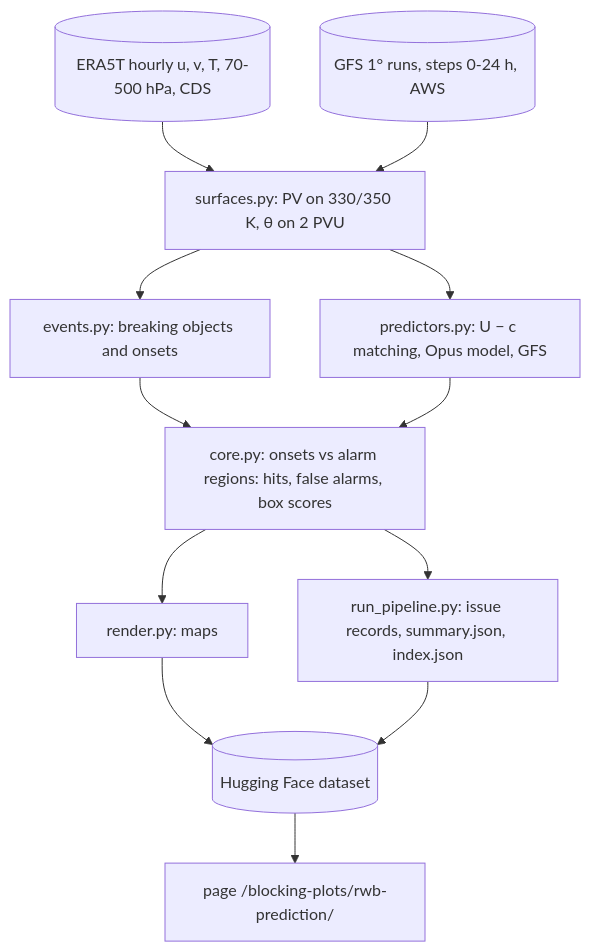
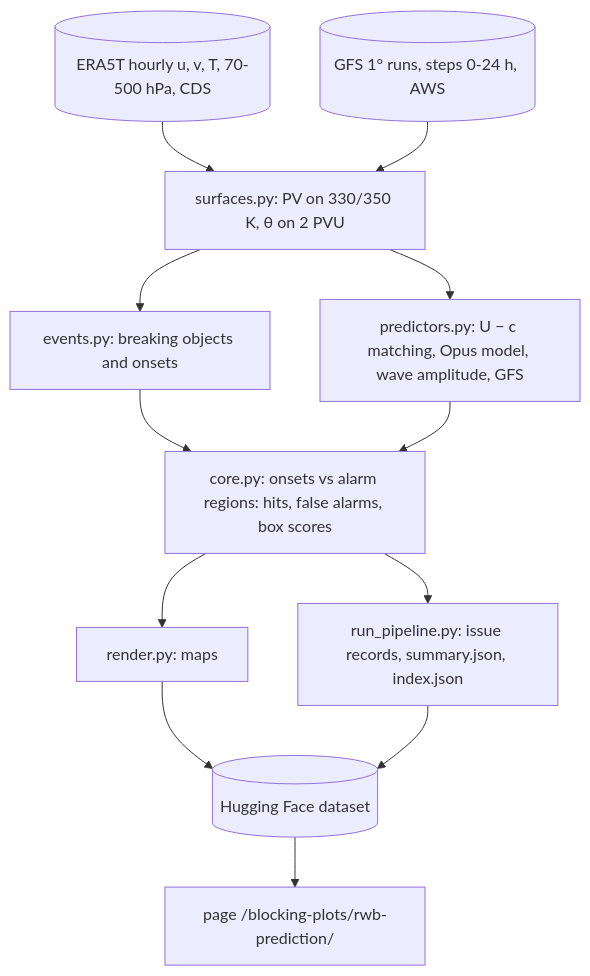
One commit to yanxingjianken/yanxingjianken.github.io changed the diagram in pipelines/rwb_prediction/README.md. Above: the diagram before and after it, drawn with Mermaid. The commit also changed other lines of this file and 7 other files, not shown here.

Commit message:
RWB prediction: add the wave-amplitude method (no forecast) with a threshold chosen on October 2026; define box hit rate, breaking position and the lead window on the page

````diff
--- a/pipelines/rwb_prediction/README.md
+++ b/pipelines/rwb_prediction/README.md
@@ -30,14 +37,14 @@
 ```mermaid
 graph TD
     A[(ERA5T hourly u, v, T, 70-500 hPa, CDS)] --> S[surfaces.py: PV on 330/350 K, θ on 2 PVU]
     G[(GFS 1° runs, steps 0-24 h, AWS)] --> S
     S --> E[events.py: breaking objects and onsets]
-    S --> P[predictors.py: U − c matching, Opus model, GFS]
+    S --> P[predictors.py: U − c matching, Opus model, wave amplitude, GFS]
     E --> C[core.py: onsets vs alarm regions: hits, false alarms, box scores]
     P --> C
     C --> R[render.py: maps]
     C --> M[run_pipeline.py: issue records, summary.json, index.json]
     R --> H[(Hugging Face dataset)]
     M --> H
     H --> W[page /blocking-plots/rwb-prediction/]
 ```
````
